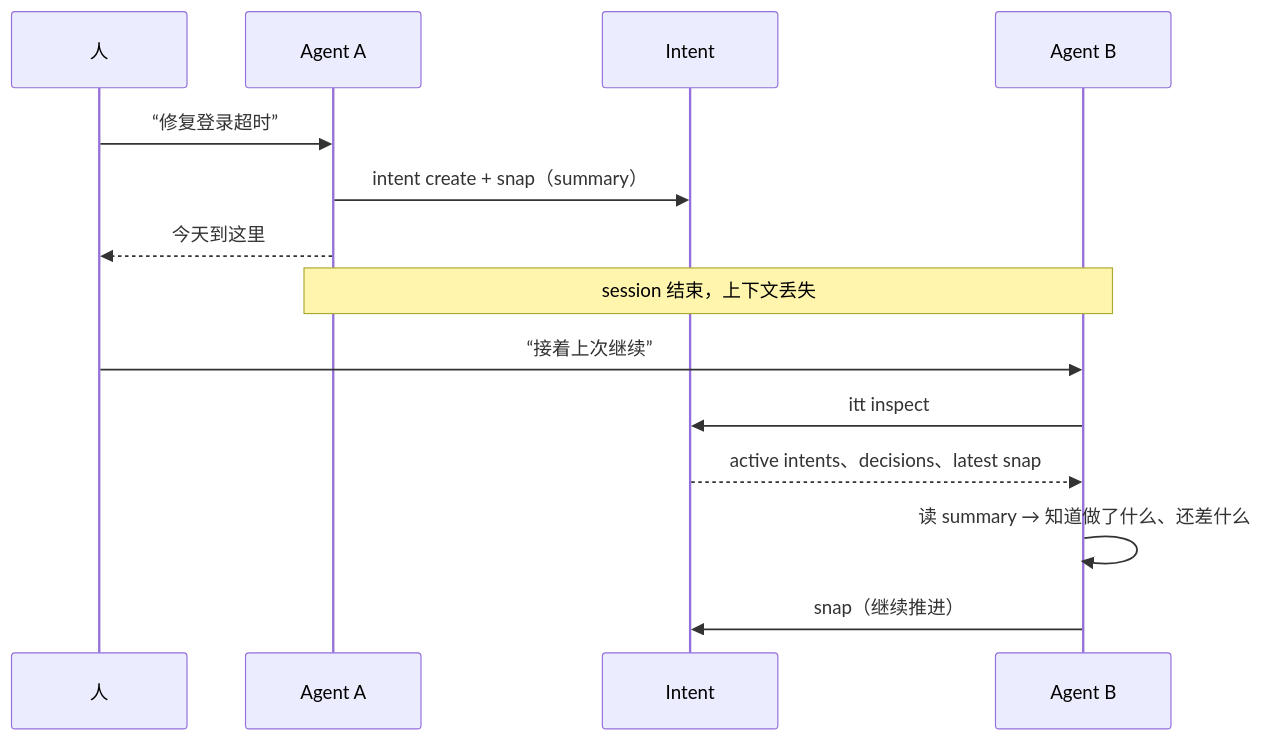
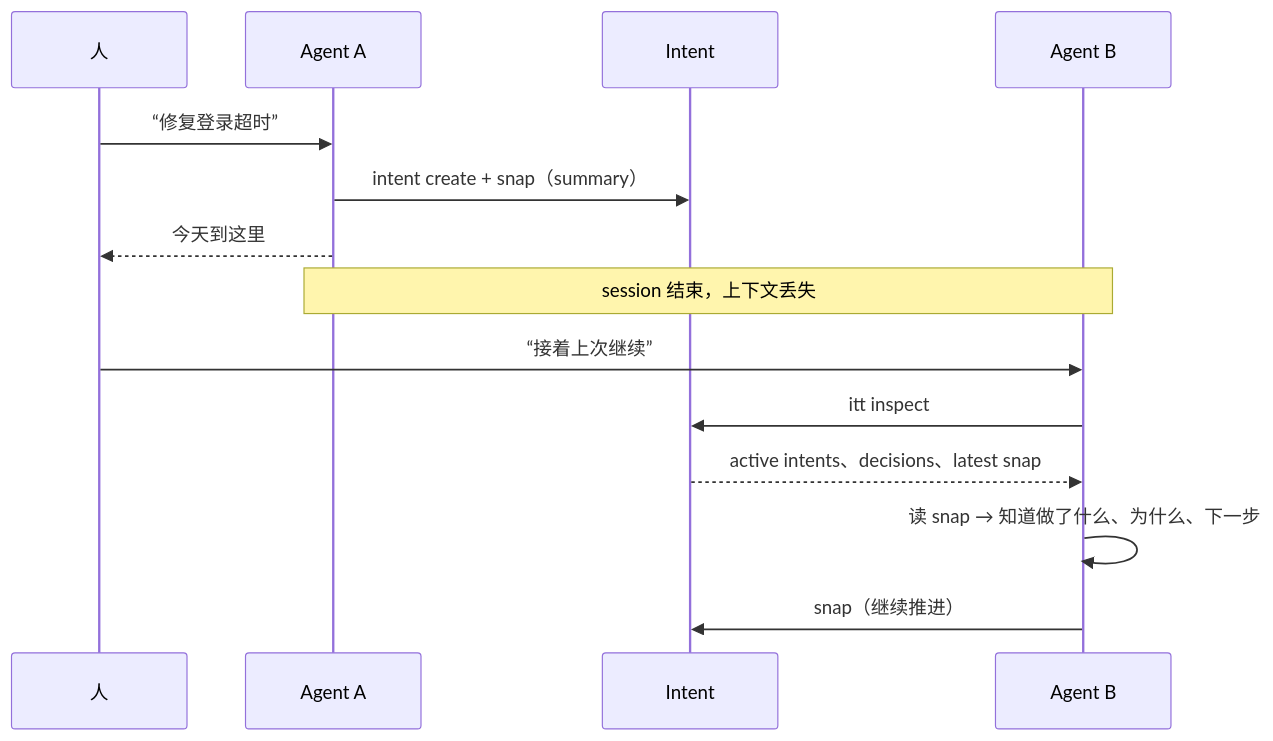
The third of 3 diagrams in docs/CN/vision.md (dozybot001/Intent), drawn with Mermaid before and after one commit. The commit also changed other lines of this file and 6 other files, not shown here.

First line of the commit message:
Update all docs with snap repositioning and add mermaid diagrams

````diff
--- a/docs/CN/vision.md
+++ b/docs/CN/vision.md
@@ -144,19 +144,19 @@
 ```mermaid
 sequenceDiagram
   participant H as 人
   participant A as Agent A
   participant I as Intent
   participant B as Agent B
 
   H->>A: “修复登录超时”
   A->>I: intent create + snap（summary）
   A-->>H: 今天到这里
 
   Note over A,B: session 结束，上下文丢失
 
   H->>B: “接着上次继续”
   B->>I: itt inspect
   I-->>B: active intents、decisions、latest snap
-  B->>B: 读 summary → 知道做了什么、还差什么
+  B->>B: 读 snap → 知道做了什么、为什么、下一步
   B->>I: snap（继续推进）
 ```
````
